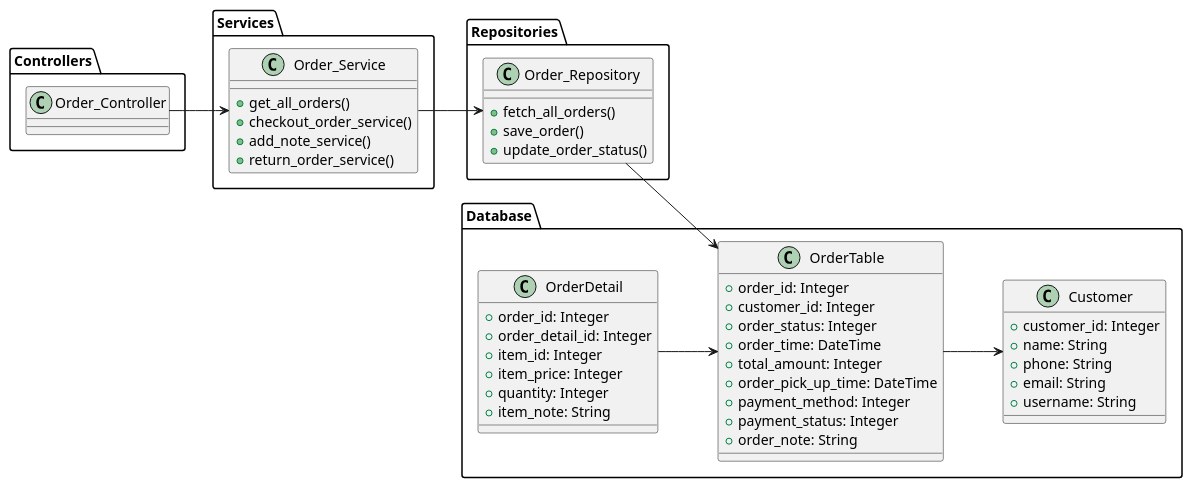
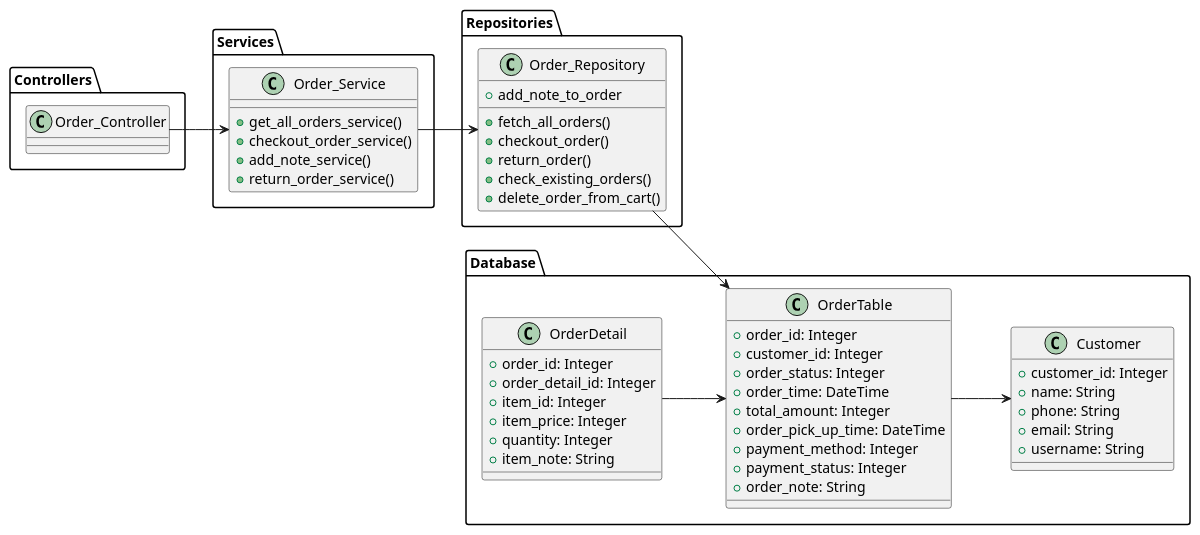
Before and after one commit to kevin0629/NCU_Campus_Eats_Demo: the diagram in diagram/order_class_diagram.puml, drawn with PlantUML. The commit also changed 17 other files, not shown here.

```diff
--- a/diagram/order_class_diagram.puml
+++ b/diagram/order_class_diagram.puml
@@ -2,60 +2,63 @@
 @startuml Order_Module
 left to right direction
 
 package "Controllers" {
     class Order_Controller
 }
 
 package "Services" {
     class Order_Service {
-        +get_all_orders()
+        +get_all_orders_service()
         +checkout_order_service()
         +add_note_service()
         +return_order_service()
     }
 }
 
 package "Repositories" {
     class Order_Repository {
         +fetch_all_orders()
-        +save_order()
-        +update_order_status()
+        +checkout_order()
+        +add_note_to_order
+        +return_order()
+        +check_existing_orders()
+        +delete_order_from_cart()
     }
 }
 
 package "Database" {
     class OrderTable {
         +order_id: Integer
         +customer_id: Integer
         +order_status: Integer
         +order_time: DateTime
         +total_amount: Integer
         +order_pick_up_time: DateTime
         +payment_method: Integer
         +payment_status: Integer
         +order_note: String
     }
     class OrderDetail {
         +order_id: Integer
         +order_detail_id: Integer
         +item_id: Integer
         +item_price: Integer
         +quantity: Integer
         +item_note: String
     }
     class Customer {
         +customer_id: Integer
         +name: String
         +phone: String
         +email: String
         +username: String
     }
 }
 
 Order_Controller --> Order_Service
 Order_Service --> Order_Repository
 Order_Repository --> OrderTable
 OrderTable --> Customer
 OrderDetail --> OrderTable
 
 @enduml
```
